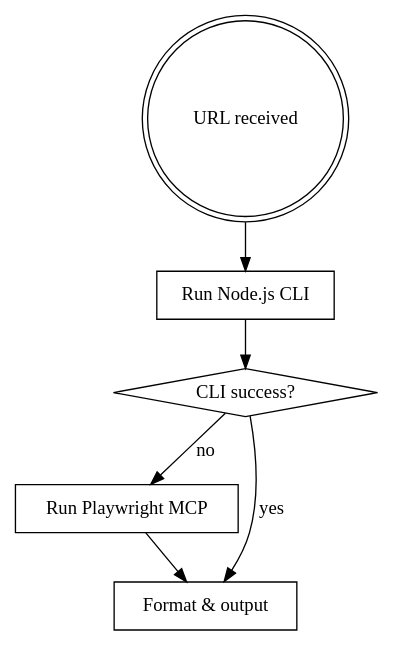
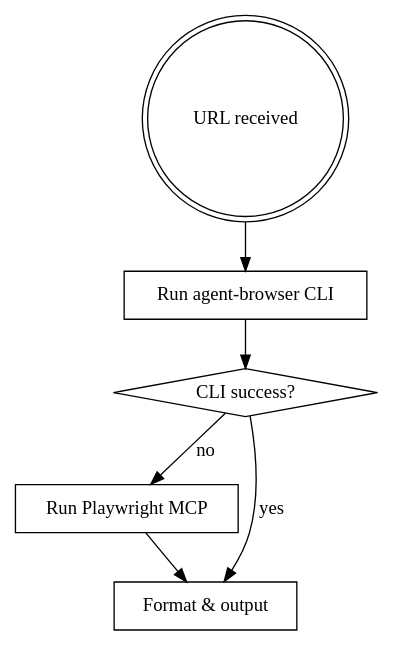
One commit to sekka/dotfiles changed the diagram in home/.claude/skills/fetching-x-posts/SKILL.md. Above: the diagram before and after it, drawn with Graphviz. The commit also changed other lines of this file and 3 other files, not shown here.

First line of the commit message:
feat: ブラウザ自動化で agent-browser CLI を優先に移行

````diff
--- a/home/.claude/skills/fetching-x-posts/SKILL.md
+++ b/home/.claude/skills/fetching-x-posts/SKILL.md
@@ -12,15 +12,15 @@
 ```dot
 digraph fetch_flow {
   "URL received" [shape=doublecircle];
   "CLI success?" [shape=diamond];
-  "Run Node.js CLI" [shape=box];
+  "Run agent-browser CLI" [shape=box];
   "Run Playwright MCP" [shape=box];
   "Format & output" [shape=box];
 
-  "URL received" -> "Run Node.js CLI";
-  "Run Node.js CLI" -> "CLI success?" ;
+  "URL received" -> "Run agent-browser CLI";
+  "Run agent-browser CLI" -> "CLI success?" ;
   "CLI success?" -> "Format & output" [label="yes"];
   "CLI success?" -> "Run Playwright MCP" [label="no"];
   "Run Playwright MCP" -> "Format & output";
 }
 ```
````
